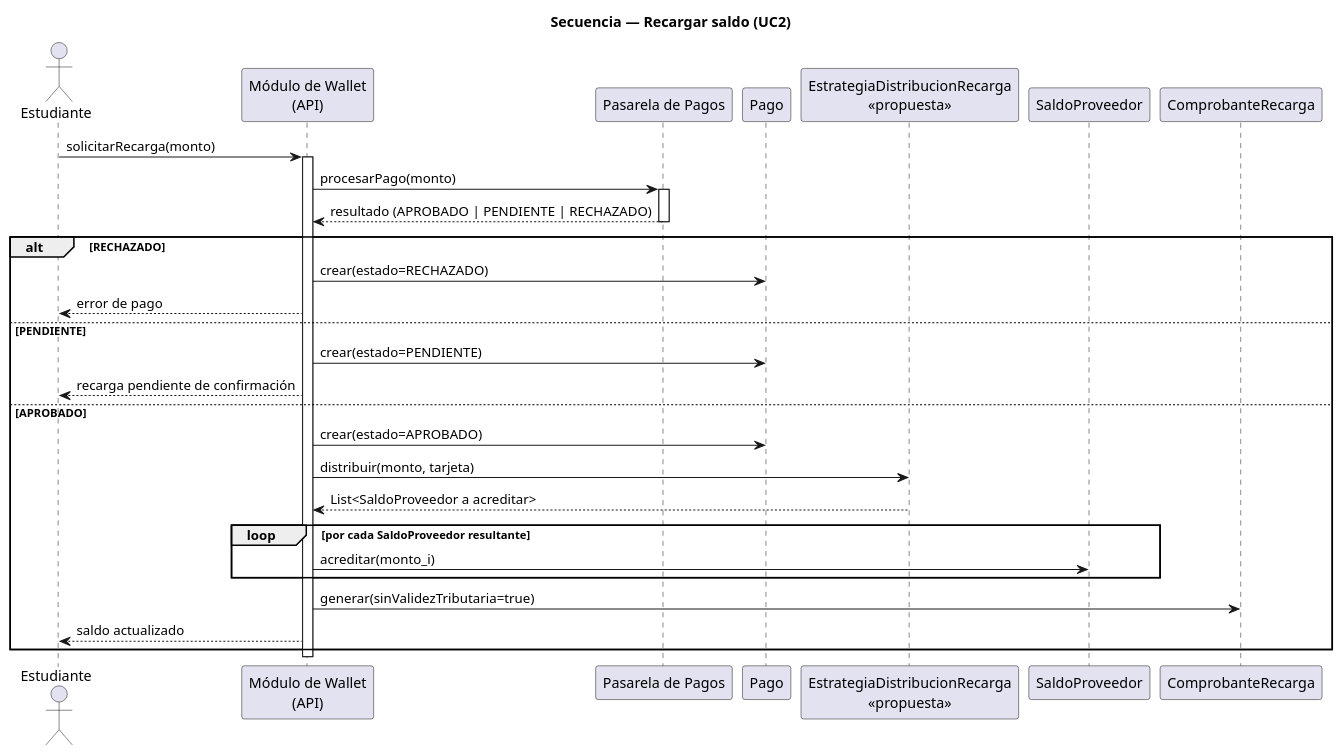
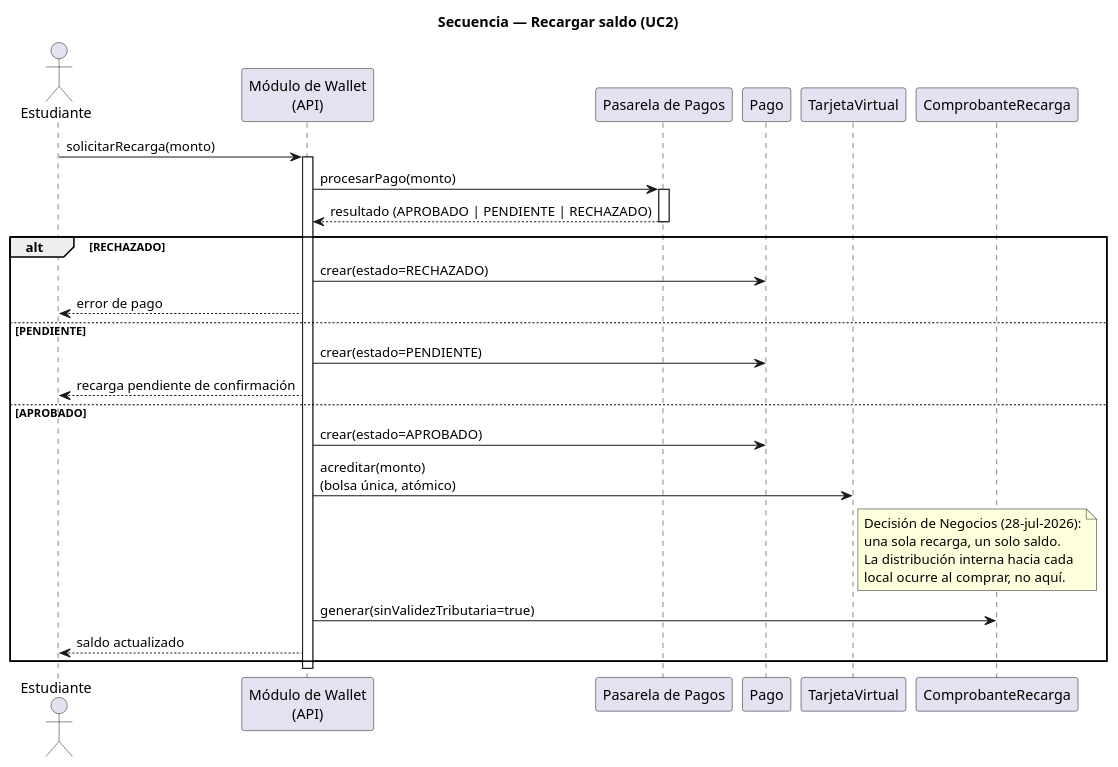
Before and after one commit to Jesus-JB/aliflow: the diagram in uml/secuencia-recarga-saldo.puml, drawn with PlantUML. The commit also changed 47 other files, not shown here.

```diff
--- a/uml/secuencia-recarga-saldo.puml
+++ b/uml/secuencia-recarga-saldo.puml
@@ -1,42 +1,41 @@
 @startuml secuencia-recarga-saldo-aliflow
 
 title Secuencia — Recargar saldo (UC2)
 
 actor Estudiante
 participant "Módulo de Wallet\n(API)" as API
 participant "Pasarela de Pagos" as Pasarela
 participant "Pago" as Pago
-participant "EstrategiaDistribucionRecarga\n<<propuesta>>" as Estrategia
-participant "SaldoProveedor" as Saldo
+participant "TarjetaVirtual" as Tarjeta
 participant "ComprobanteRecarga" as Comp
 
 Estudiante -> API : solicitarRecarga(monto)
 activate API
 
 API -> Pasarela : procesarPago(monto)
 activate Pasarela
 Pasarela --> API : resultado (APROBADO | PENDIENTE | RECHAZADO)
 deactivate Pasarela
 
 alt RECHAZADO
   API -> Pago : crear(estado=RECHAZADO)
   API --> Estudiante : error de pago
 else PENDIENTE
   API -> Pago : crear(estado=PENDIENTE)
   API --> Estudiante : recarga pendiente de confirmación
 else APROBADO
   API -> Pago : crear(estado=APROBADO)
-  API -> Estrategia : distribuir(monto, tarjeta)
-  Estrategia --> API : List<SaldoProveedor a acreditar>
-
-  loop por cada SaldoProveedor resultante
-    API -> Saldo : acreditar(monto_i)
-  end
-
+  API -> Tarjeta : acreditar(monto)\n(bolsa única, atómico)
+  note right of Tarjeta
+    Decisión de Negocios (28-jul-2026):
+    una sola recarga, un solo saldo.
+    La distribución interna hacia cada
+    local ocurre al comprar, no aquí.
+  end note
   API -> Comp : generar(sinValidezTributaria=true)
   API --> Estudiante : saldo actualizado
 end
 
 deactivate API
 
 @enduml
```
